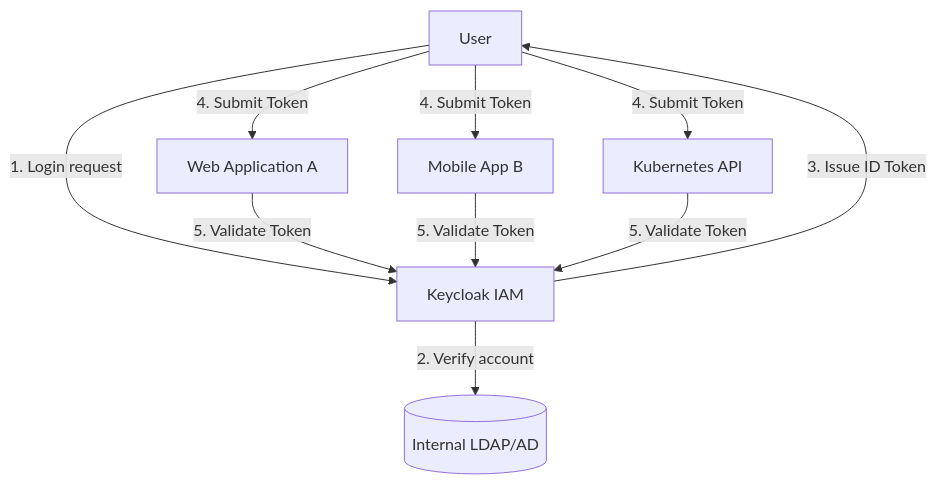
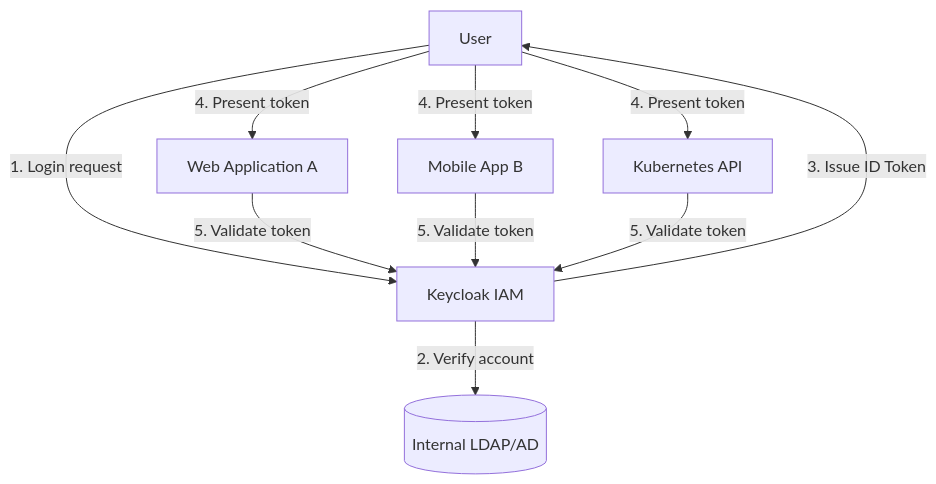
Before and after one commit to jeonck/k8s-adv: the diagram in content/security/05-advanced/38-keycloak-setup-guide.md, drawn with Mermaid. The commit also changed other lines of this file and 2 other files, not shown here.

Commit message:
docs: Continue proofreading English translations (in progress)
Claude-Session: https://claude.ai/code/session_01PFoLh8aagS6HjobvJQqJKD

````diff
--- a/content/security/05-advanced/38-keycloak-setup-guide.md
+++ b/content/security/05-advanced/38-keycloak-setup-guide.md
@@ -30,19 +30,19 @@
 ```mermaid
 graph TD
     User[User]
     KC[Keycloak IAM]
     App1[Web Application A]
     App2[Mobile App B]
     App3[Kubernetes API]
     LDAP[(Internal LDAP/AD)]
 
     User -- "1. Login request" --> KC
     KC -- "2. Verify account" --> LDAP
     KC -- "3. Issue ID Token" --> User
     
-    User -- "4. Submit Token" --> App1
-    User -- "4. Submit Token" --> App2
-    User -- "4. Submit Token" --> App3
+    User -- "4. Present token" --> App1
+    User -- "4. Present token" --> App2
+    User -- "4. Present token" --> App3
     
-    App1 & App2 & App3 -- "5. Validate Token" --> KC
+    App1 & App2 & App3 -- "5. Validate token" --> KC
 ```
````
